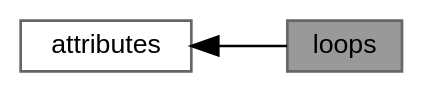
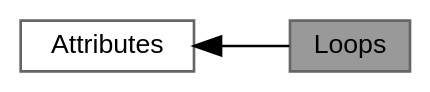
One commit to ekmett/ein changed the diagram in da/d2b/group__loop__attributes.dot. Above: the diagram before and after it, drawn with Graphviz. The commit also changed 196 other files, not shown here.

```diff
--- a/da/d2b/group__loop__attributes.dot
+++ b/da/d2b/group__loop__attributes.dot
@@ -1,11 +1,11 @@
-digraph "loops"
+digraph "Loops"
 {
  // LATEX_PDF_SIZE
   bgcolor="transparent";
   edge [fontname=Helvetica,fontsize=10,labelfontname=Helvetica,labelfontsize=10];
   node [fontname=Helvetica,fontsize=10,shape=box,height=0.2,width=0.4];
   rankdir=LR;
-  Node2 [id="Node000002",label="attributes",height=0.2,width=0.4,color="grey40", fillcolor="white", style="filled",URL="$d4/d86/group__attributes.html",tooltip="macros used to provide useful attributes"];
-  Node1 [id="Node000001",label="loops",height=0.2,width=0.4,color="gray40", fillcolor="grey60", style="filled", fontcolor="black",tooltip=" "];
+  Node2 [id="Node000002",label="Attributes",height=0.2,width=0.4,color="grey40", fillcolor="white", style="filled",URL="$d4/d86/group__attributes.html",tooltip="macros used to provide useful attributes"];
+  Node1 [id="Node000001",label="Loops",height=0.2,width=0.4,color="gray40", fillcolor="grey60", style="filled", fontcolor="black",tooltip=" "];
   Node2->Node1 [shape=plaintext, dir="back", style="solid"];
 }
```
